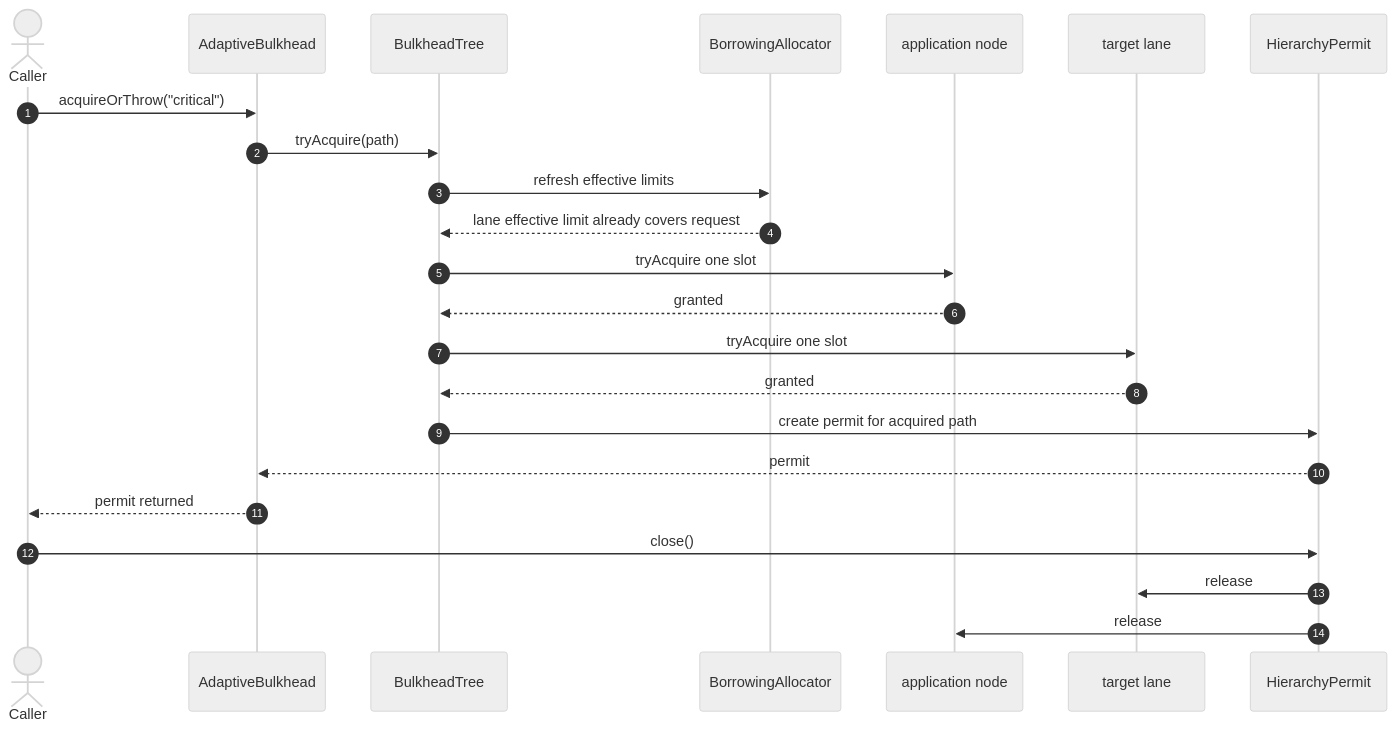
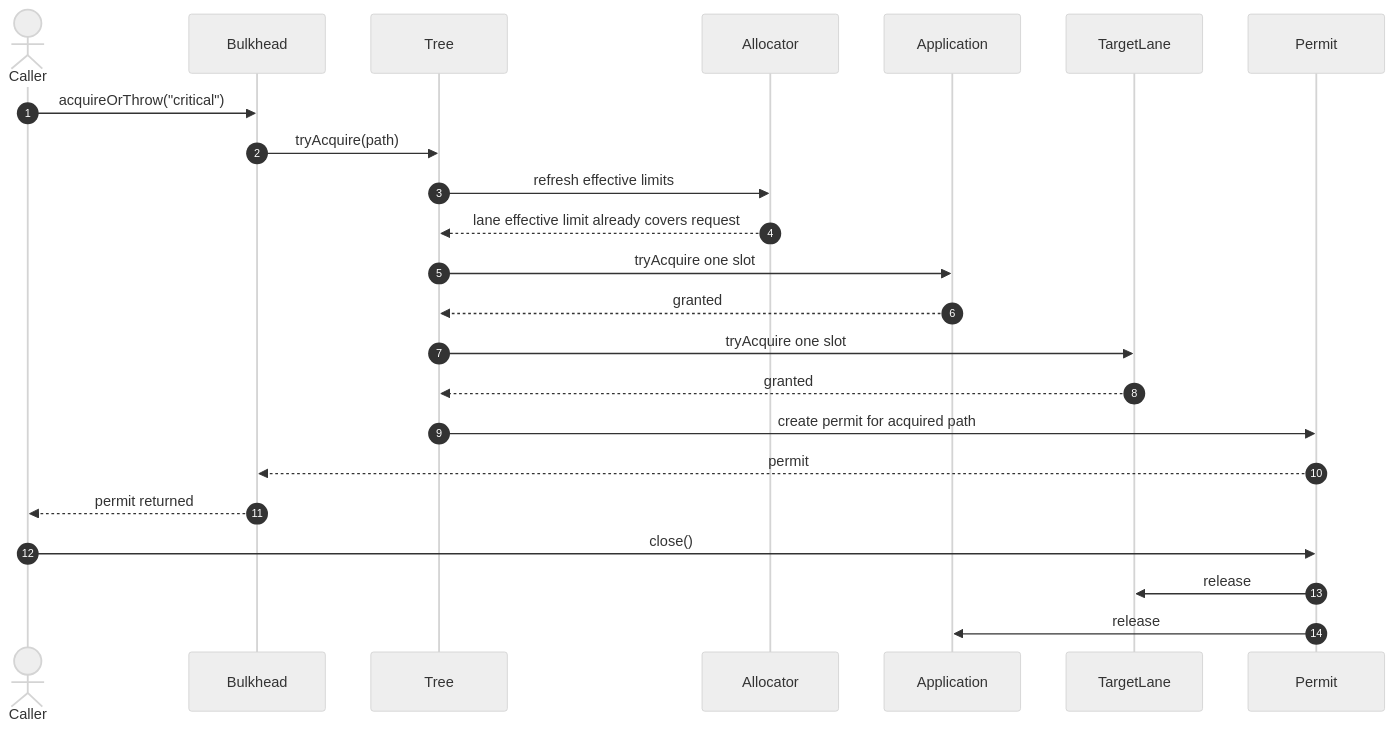
One commit to rrobetti/adaptive-bulkhead changed the first of 4 diagrams in docs/sequence-diagrams.md. Above: the diagram before and after it, drawn with Mermaid (neutral theme). The commit also changed other lines of this file, not shown here.

Commit message:
docs: simplify Mermaid sequence diagrams

````diff
--- a/docs/sequence-diagrams.md
+++ b/docs/sequence-diagrams.md
@@ -9,26 +9,25 @@
 ```mermaid
 sequenceDiagram
     autonumber
     actor Caller
-    participant AB as AdaptiveBulkhead
-    participant Tree as BulkheadTree
-    participant Alloc as BorrowingAllocator
-    participant App as application node
-    participant Lane as target lane
-    participant Permit as HierarchyPermit
-
-    Caller->>AB: acquireOrThrow("critical")
-    AB->>Tree: tryAcquire(path)
-    Tree->>Alloc: refresh effective limits
-    Alloc-->>Tree: lane effective limit already covers request
-    Tree->>App: tryAcquire one slot
-    App-->>Tree: granted
-    Tree->>Lane: tryAcquire one slot
-    Lane-->>Tree: granted
+    participant Bulkhead
+    participant Tree
+    participant Allocator
+    participant Application
+    participant TargetLane
+    participant Permit
+    Caller->>Bulkhead: acquireOrThrow("critical")
+    Bulkhead->>Tree: tryAcquire(path)
+    Tree->>Allocator: refresh effective limits
+    Allocator-->>Tree: lane effective limit already covers request
+    Tree->>Application: tryAcquire one slot
+    Application-->>Tree: granted
+    Tree->>TargetLane: tryAcquire one slot
+    TargetLane-->>Tree: granted
     Tree->>Permit: create permit for acquired path
-    Permit-->>AB: permit
-    AB-->>Caller: permit returned
+    Permit-->>Bulkhead: permit
+    Bulkhead-->>Caller: permit returned
     Caller->>Permit: close()
-    Permit->>Lane: release
-    Permit->>App: release
+    Permit->>TargetLane: release
+    Permit->>Application: release
 ```
````
